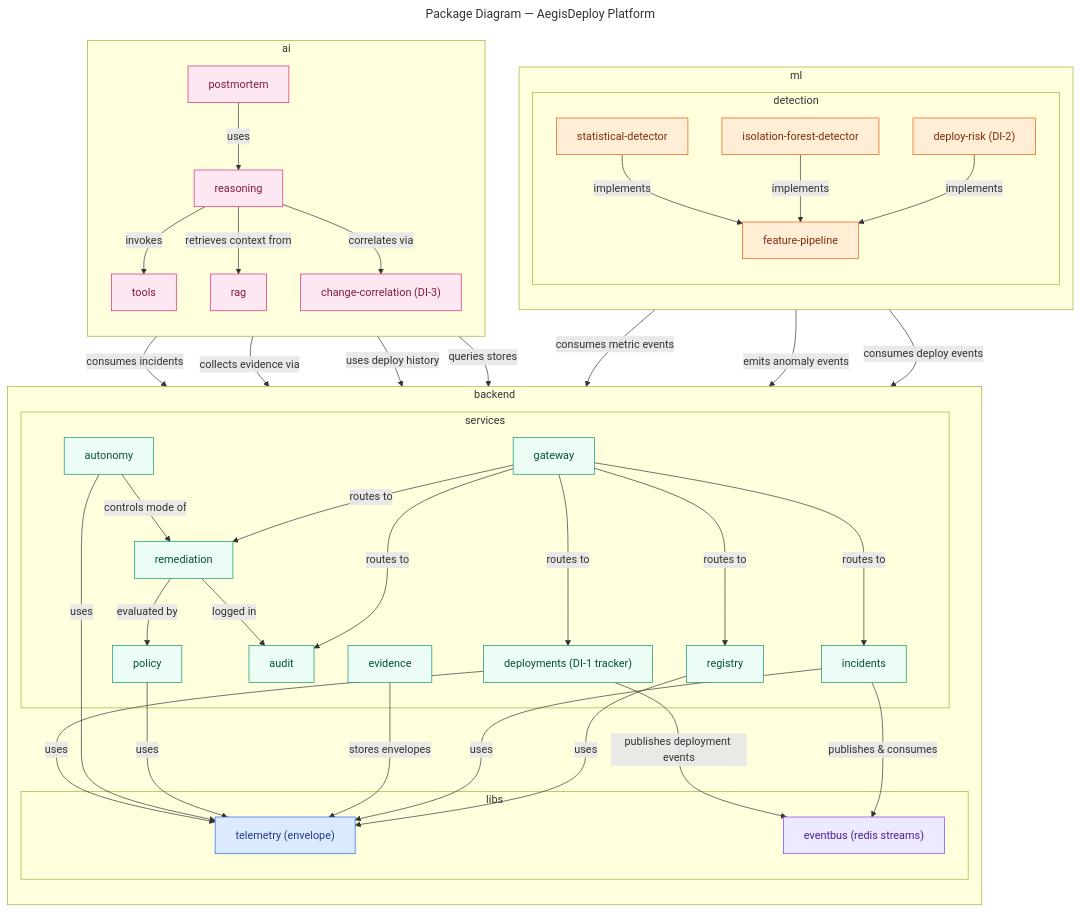
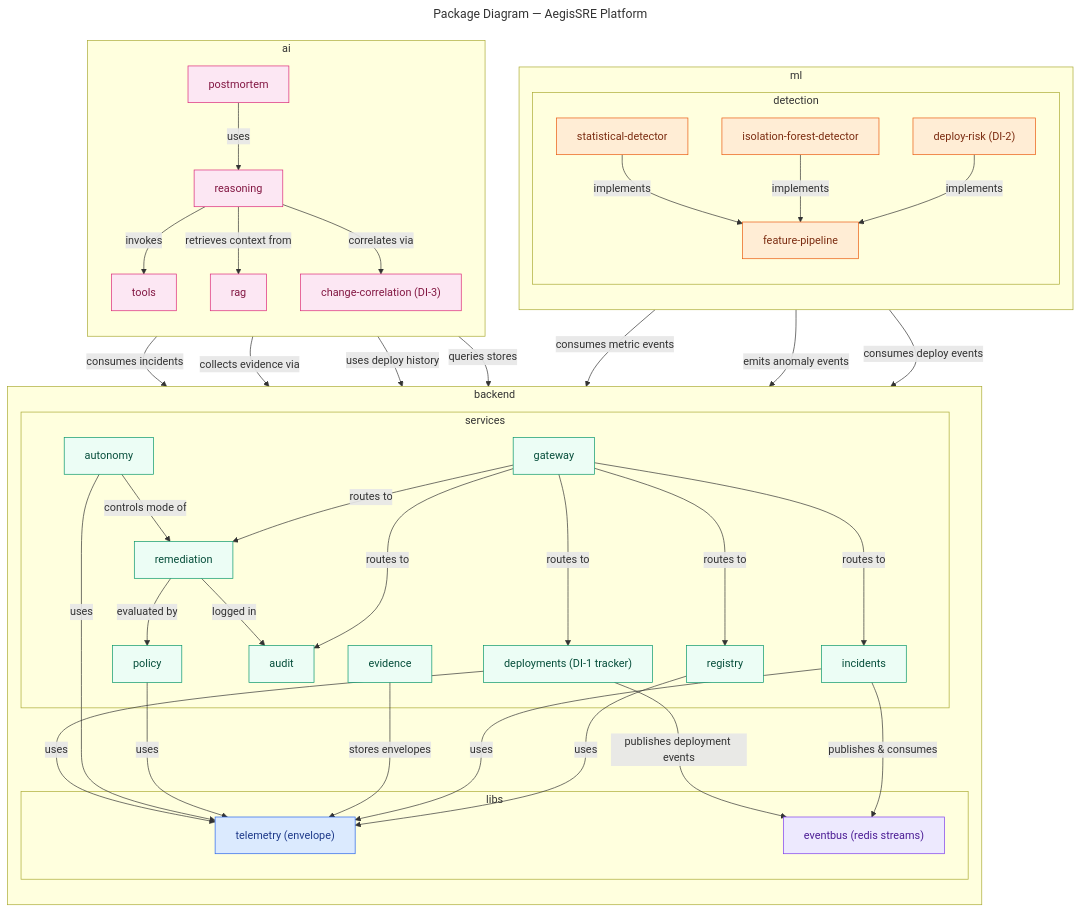
Before and after one commit to Lucifer-Newstar/AegisSRE: the diagram in docs/architecture/uml/package-diagram-platform.md, drawn with Mermaid. The commit also changed other lines of this file and 44 other files, not shown here.

First line of the commit message:
docs: rebuild documentation for AegisSRE as a personal project

````diff
--- a/docs/architecture/uml/package-diagram-platform.md
+++ b/docs/architecture/uml/package-diagram-platform.md
@@ -8,6 +8,6 @@
 ```mermaid
 ---
-title: "Package Diagram — AegisDeploy Platform"
+title: "Package Diagram — AegisSRE Platform"
 ---
 flowchart TB
     %% ═══════════════════════════════════════════════════════
````
